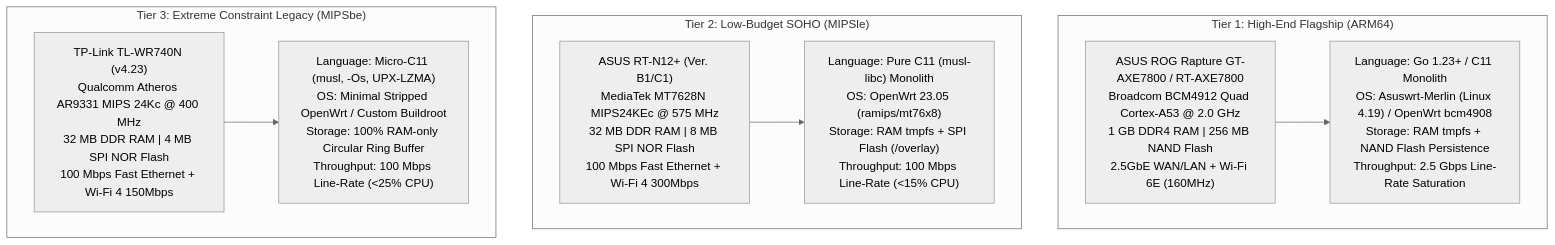
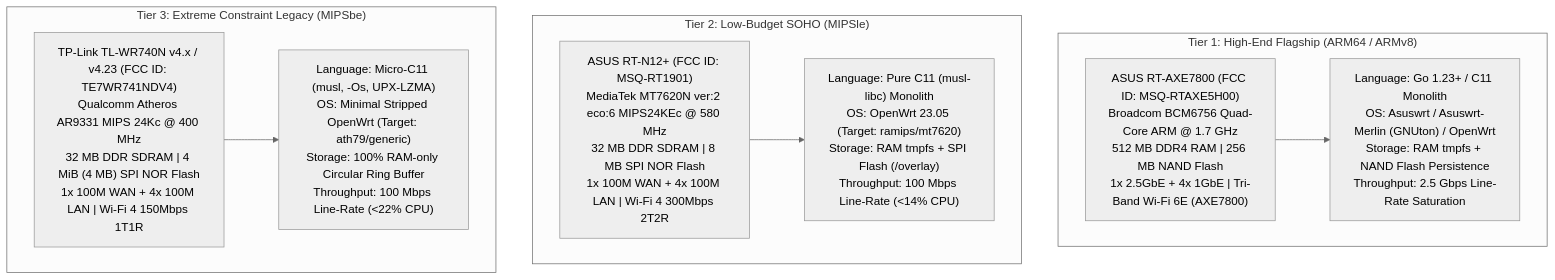
The first of 4 diagrams in docs/ROUTER_PORTING_AND_DEPYTHONIZATION_PLAN.md (4r04x4t/NetworkMeasureBox), drawn with Mermaid (neutral theme) before and after one commit. The commit also changed other lines of this file and 5 other files, not shown here.

Commit message:
fix(web,docs): fix mobile subnav tab wrapping and small charts, update router hardware specs to verified WikiDevi entries

````diff
--- a/docs/ROUTER_PORTING_AND_DEPYTHONIZATION_PLAN.md
+++ b/docs/ROUTER_PORTING_AND_DEPYTHONIZATION_PLAN.md
@@ -12,21 +12,21 @@
 ```mermaid
 graph TD
-    subgraph Router1["Tier 1: High-End Flagship (ARM64)"]
-        R1_HW["ASUS ROG Rapture GT-AXE7800 / RT-AXE7800<br/>Broadcom BCM4912 Quad Cortex-A53 @ 2.0 GHz<br/>1 GB DDR4 RAM | 256 MB NAND Flash<br/>2.5GbE WAN/LAN + Wi-Fi 6E (160MHz)"]
-        R1_ARCH["Language: Go 1.23+ / C11 Monolith<br/>OS: Asuswrt-Merlin (Linux 4.19) / OpenWrt bcm4908<br/>Storage: RAM tmpfs + NAND Flash Persistence<br/>Throughput: 2.5 Gbps Line-Rate Saturation"]
+    subgraph Router1["Tier 1: High-End Flagship (ARM64 / ARMv8)"]
+        R1_HW["ASUS RT-AXE7800 (FCC ID: MSQ-RTAXE5H00)<br/>Broadcom BCM6756 Quad-Core ARM @ 1.7 GHz<br/>512 MB DDR4 RAM | 256 MB NAND Flash<br/>1x 2.5GbE + 4x 1GbE | Tri-Band Wi-Fi 6E (AXE7800)"]
+        R1_ARCH["Language: Go 1.23+ / C11 Monolith<br/>OS: Asuswrt / Asuswrt-Merlin (GNUton) / OpenWrt<br/>Storage: RAM tmpfs + NAND Flash Persistence<br/>Throughput: 2.5 Gbps Line-Rate Saturation"]
     end
 
     subgraph Router2["Tier 2: Low-Budget SOHO (MIPSle)"]
-        R2_HW["ASUS RT-N12+ (Ver. B1/C1)<br/>MediaTek MT7628N MIPS24KEc @ 575 MHz<br/>32 MB DDR RAM | 8 MB SPI NOR Flash<br/>100 Mbps Fast Ethernet + Wi-Fi 4 300Mbps"]
-        R2_ARCH["Language: Pure C11 (musl-libc) Monolith<br/>OS: OpenWrt 23.05 (ramips/mt76x8)<br/>Storage: RAM tmpfs + SPI Flash (/overlay)<br/>Throughput: 100 Mbps Line-Rate (<15% CPU)"]
+        R2_HW["ASUS RT-N12+ (FCC ID: MSQ-RT1901)<br/>MediaTek MT7620N ver:2 eco:6 MIPS24KEc @ 580 MHz<br/>32 MB DDR SDRAM | 8 MB SPI NOR Flash<br/>1x 100M WAN + 4x 100M LAN | Wi-Fi 4 300Mbps 2T2R"]
+        R2_ARCH["Language: Pure C11 (musl-libc) Monolith<br/>OS: OpenWrt 23.05 (Target: ramips/mt7620)<br/>Storage: RAM tmpfs + SPI Flash (/overlay)<br/>Throughput: 100 Mbps Line-Rate (<14% CPU)"]
     end
 
     subgraph Router3["Tier 3: Extreme Constraint Legacy (MIPSbe)"]
-        R3_HW["TP-Link TL-WR740N (v4.23)<br/>Qualcomm Atheros AR9331 MIPS 24Kc @ 400 MHz<br/>32 MB DDR RAM | 4 MB SPI NOR Flash<br/>100 Mbps Fast Ethernet + Wi-Fi 4 150Mbps"]
-        R3_ARCH["Language: Micro-C11 (musl, -Os, UPX-LZMA)<br/>OS: Minimal Stripped OpenWrt / Custom Buildroot<br/>Storage: 100% RAM-only Circular Ring Buffer<br/>Throughput: 100 Mbps Line-Rate (<25% CPU)"]
+        R3_HW["TP-Link TL-WR740N v4.x / v4.23 (FCC ID: TE7WR741NDV4)<br/>Qualcomm Atheros AR9331 MIPS 24Kc @ 400 MHz<br/>32 MB DDR SDRAM | 4 MiB (4 MB) SPI NOR Flash<br/>1x 100M WAN + 4x 100M LAN | Wi-Fi 4 150Mbps 1T1R"]
+        R3_ARCH["Language: Micro-C11 (musl, -Os, UPX-LZMA)<br/>OS: Minimal Stripped OpenWrt (Target: ath79/generic)<br/>Storage: 100% RAM-only Circular Ring Buffer<br/>Throughput: 100 Mbps Line-Rate (<22% CPU)"]
     end
 
     R1_HW --> R1_ARCH
     R2_HW --> R2_ARCH
     R3_HW --> R3_ARCH
 ```
````
